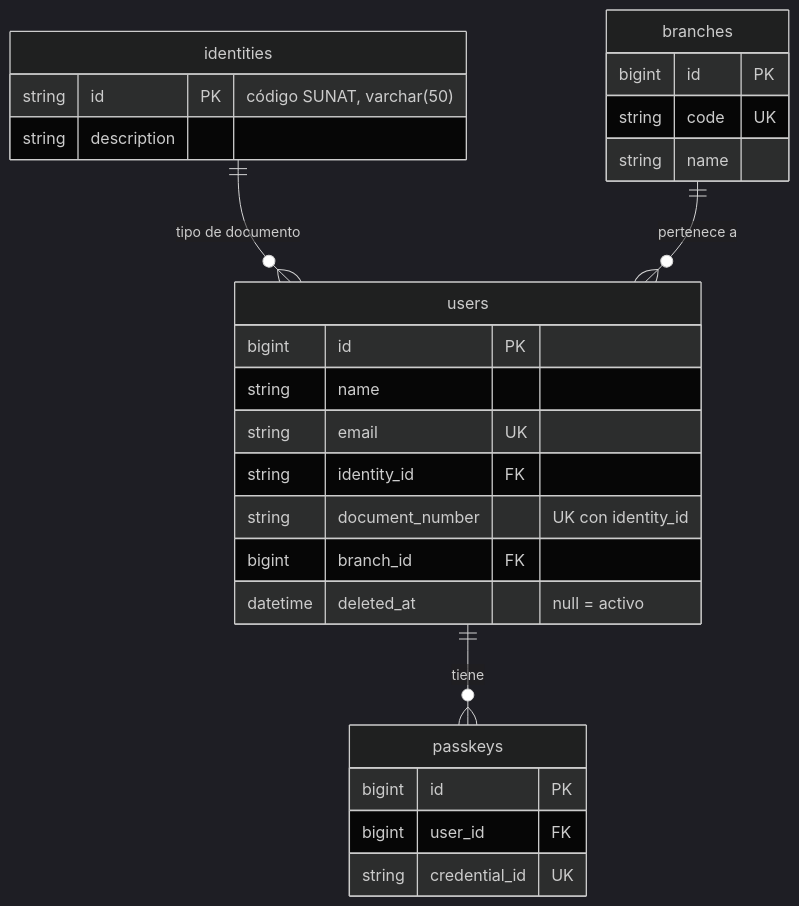
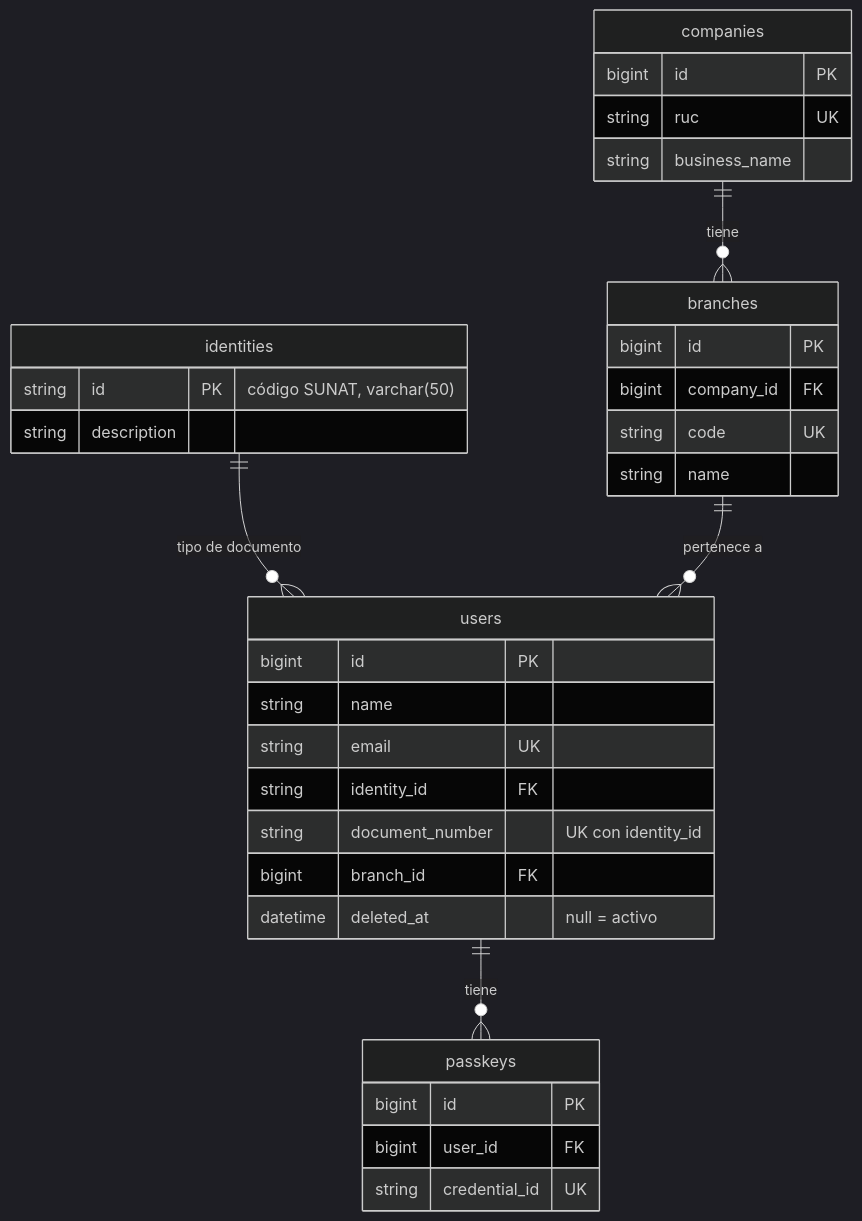
The first of 2 diagrams in docs/database.md (Cerati1998/SIGLA-TOS), drawn with Mermaid (dark theme) before and after one commit. The commit also changed other lines of this file and 12 other files, not shown here.

````diff
--- a/docs/database.md
+++ b/docs/database.md
@@ -59,30 +60,37 @@
 ```mermaid
 erDiagram
+  companies ||--o{ branches : "tiene"
   identities ||--o{ users : "tipo de documento"
   branches ||--o{ users : "pertenece a"
   users ||--o{ passkeys : "tiene"
 
   identities {
     string id PK "código SUNAT, varchar(50)"
     string description
   }
+  companies {
+    bigint id PK
+    string ruc UK
+    string business_name
+  }
   branches {
     bigint id PK
+    bigint company_id FK
     string code UK
     string name
   }
   users {
     bigint id PK
     string name
     string email UK
     string identity_id FK
     string document_number "UK con identity_id"
     bigint branch_id FK
     datetime deleted_at "null = activo"
   }
   passkeys {
     bigint id PK
     bigint user_id FK
     string credential_id UK
   }
 ```
````
